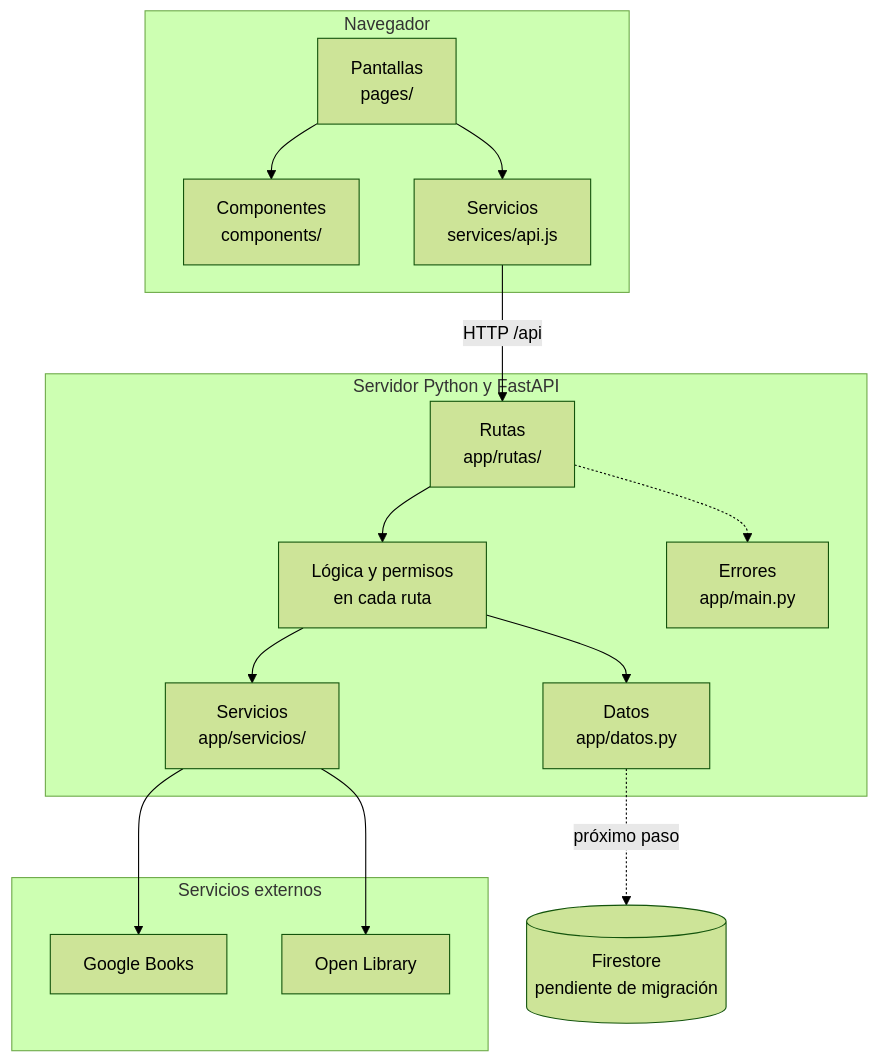
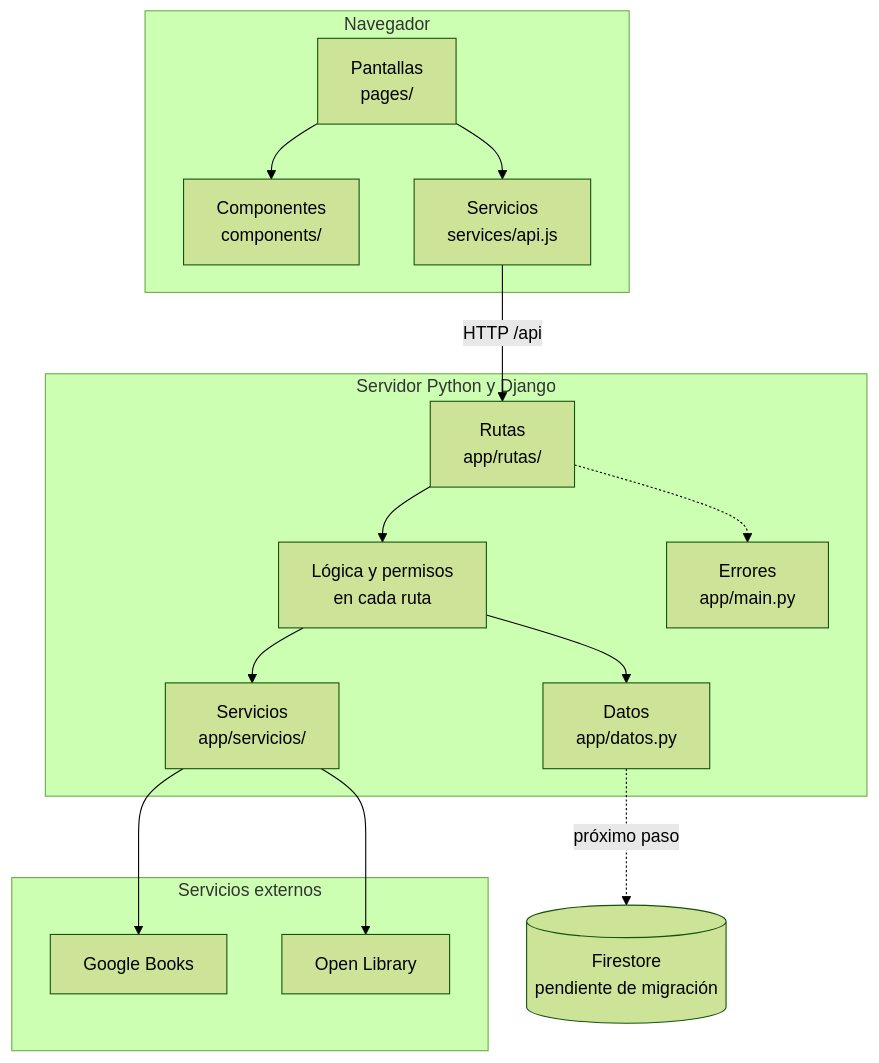
Before and after one commit to hernanbeneventano/TFI-Campus: the sixth of 6 diagrams in docs/informe-final.md, drawn with Mermaid (forest theme). The commit also changed other lines of this file and 93 other files, not shown here.

````diff
--- a/docs/informe-final.md
+++ b/docs/informe-final.md
@@ -904,34 +894,34 @@
 ```mermaid
 flowchart TB
     subgraph NAV["Navegador"]
         P["Pantallas<br/>pages/"]
         C["Componentes<br/>components/"]
         SV["Servicios<br/>services/api.js"]
         P --> C
         P --> SV
     end
 
-    subgraph SRV["Servidor Python y FastAPI"]
+    subgraph SRV["Servidor Python y Django"]
         RT["Rutas<br/>app/rutas/"]
         CT["Lógica y permisos<br/>en cada ruta"]
         SE["Servicios<br/>app/servicios/"]
         DT["Datos<br/>app/datos.py"]
         MW["Errores<br/>app/main.py"]
         RT --> CT
         CT --> SE
         CT --> DT
         RT -.-> MW
     end
 
     subgraph EXT["Servicios externos"]
         GB["Google Books"]
         OL["Open Library"]
     end
 
     FS[("Firestore<br/>pendiente de migración")]
 
     SV -->|"HTTP /api"| RT
     SE --> GB
     SE --> OL
     DT -.->|"próximo paso"| FS
 ```
````
